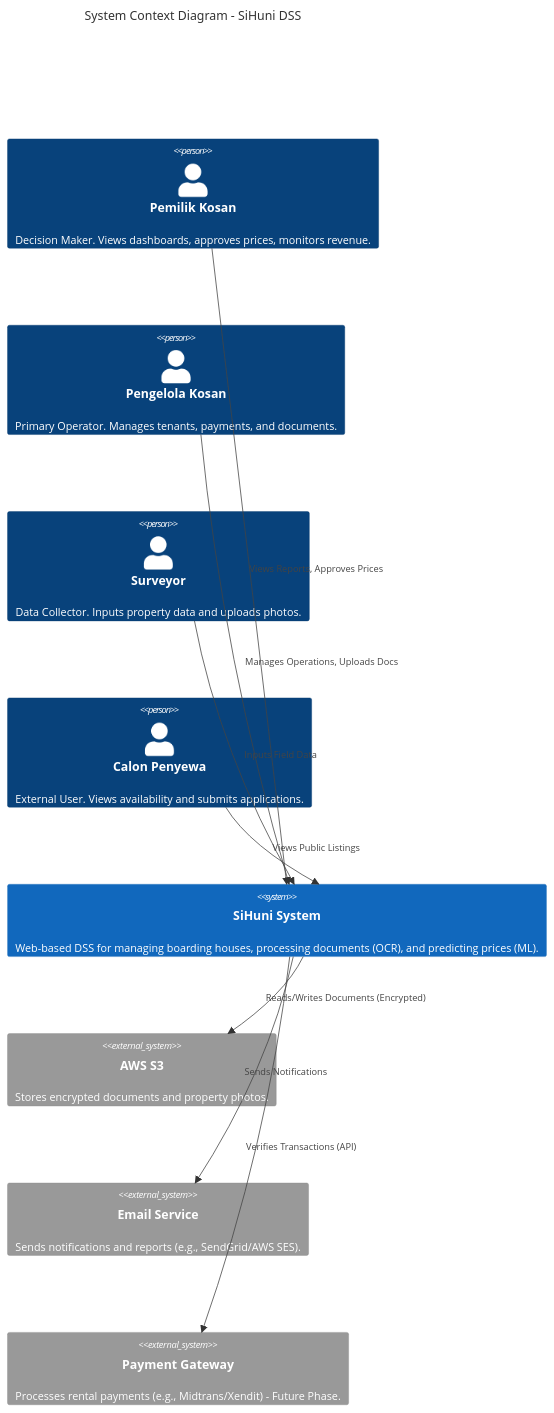
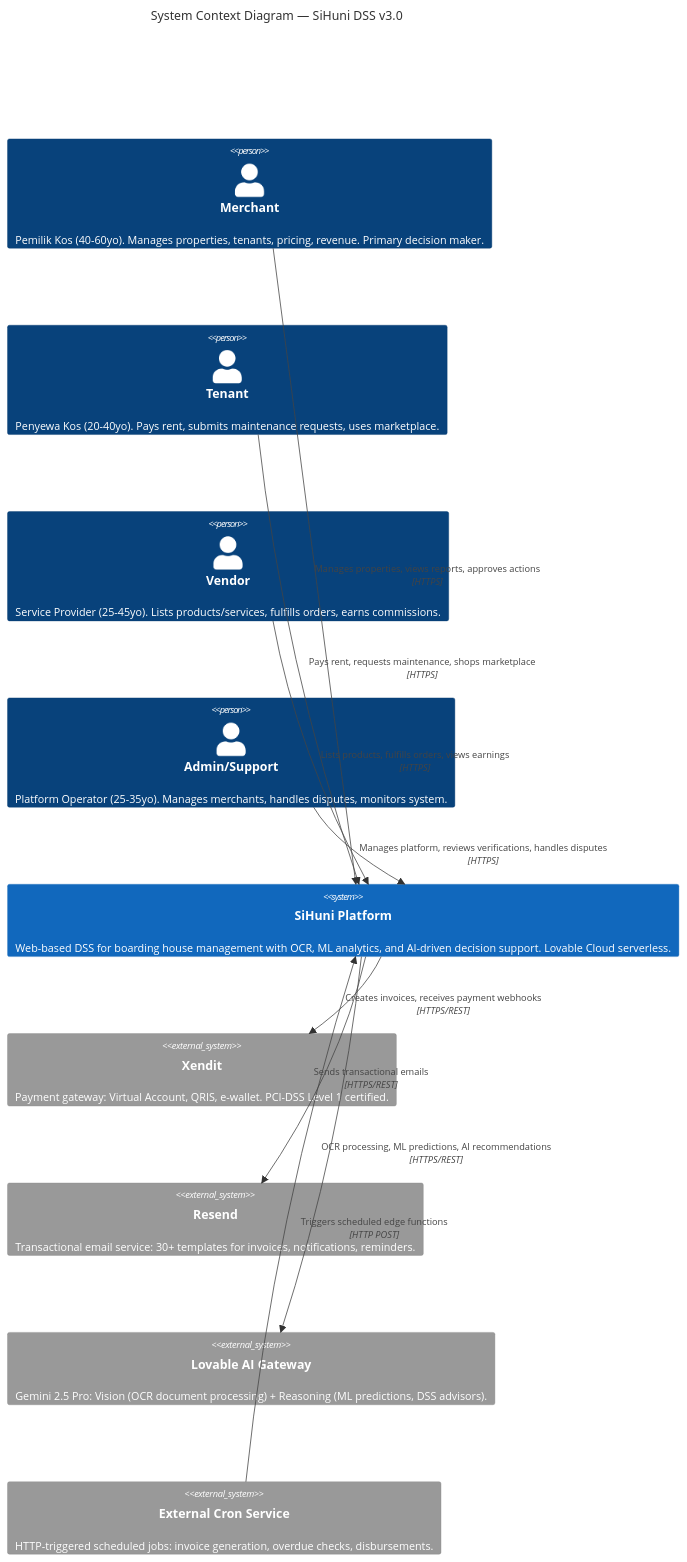
The first of 8 diagrams in docs/system-architecture.md (itsramaa/Sistem-Hunian), drawn with Mermaid before and after one commit. The commit also changed other lines of this file, not shown here.

````diff
--- a/docs/system-architecture.md
+++ b/docs/system-architecture.md
@@ -48,24 +134,26 @@
 ```mermaid
 C4Context
-    title System Context Diagram - SiHuni DSS
+    title System Context Diagram — SiHuni DSS v3.0
 
-    Person(owner, "Pemilik Kosan", "Decision Maker. Views dashboards, approves prices, monitors revenue.")
-    Person(manager, "Pengelola Kosan", "Primary Operator. Manages tenants, payments, and documents.")
-    Person(surveyor, "Surveyor", "Data Collector. Inputs property data and uploads photos.")
-    Person(tenant, "Calon Penyewa", "External User. Views availability and submits applications.")
+    Person(merchant, "Merchant", "Pemilik Kos (40-60yo). Manages properties, tenants, pricing, revenue. Primary decision maker.")
+    Person(tenant, "Tenant", "Penyewa Kos (20-40yo). Pays rent, submits maintenance requests, uses marketplace.")
+    Person(vendor, "Vendor", "Service Provider (25-45yo). Lists products/services, fulfills orders, earns commissions.")
+    Person(admin, "Admin/Support", "Platform Operator (25-35yo). Manages merchants, handles disputes, monitors system.")
 
-    System(sihuni, "SiHuni System", "Web-based DSS for managing boarding houses, processing documents (OCR), and predicting prices (ML).")
+    System(sihuni, "SiHuni Platform", "Web-based DSS for boarding house management with OCR, ML analytics, and AI-driven decision support. Lovable Cloud serverless.")
 
-    System_Ext(aws_s3, "AWS S3", "Stores encrypted documents and property photos.")
-    System_Ext(email_svc, "Email Service", "Sends notifications and reports (e.g., SendGrid/AWS SES).")
-    System_Ext(payment_gw, "Payment Gateway", "Processes rental payments (e.g., Midtrans/Xendit) - Future Phase.")
+    System_Ext(xendit, "Xendit", "Payment gateway: Virtual Account, QRIS, e-wallet. PCI-DSS Level 1 certified.")
+    System_Ext(resend, "Resend", "Transactional email service: 30+ templates for invoices, notifications, reminders.")
+    System_Ext(lovable_ai, "Lovable AI Gateway", "Gemini 2.5 Pro: Vision (OCR document processing) + Reasoning (ML predictions, DSS advisors).")
+    System_Ext(cron, "External Cron Service", "HTTP-triggered scheduled jobs: invoice generation, overdue checks, disbursements.")
 
-    Rel(owner, sihuni, "Views Reports, Approves Prices")
-    Rel(manager, sihuni, "Manages Operations, Uploads Docs")
-    Rel(surveyor, sihuni, "Inputs Field Data")
-    Rel(tenant, sihuni, "Views Public Listings")
+    Rel(merchant, sihuni, "Manages properties, views reports, approves actions", "HTTPS")
+    Rel(tenant, sihuni, "Pays rent, requests maintenance, shops marketplace", "HTTPS")
+    Rel(vendor, sihuni, "Lists products, fulfills orders, views earnings", "HTTPS")
+    Rel(admin, sihuni, "Manages platform, reviews verifications, handles disputes", "HTTPS")
 
-    Rel(sihuni, aws_s3, "Reads/Writes Documents (Encrypted)")
-    Rel(sihuni, email_svc, "Sends Notifications")
-    Rel(sihuni, payment_gw, "Verifies Transactions (API)")
+    Rel(sihuni, xendit, "Creates invoices, receives payment webhooks", "HTTPS/REST")
+    Rel(sihuni, resend, "Sends transactional emails", "HTTPS/REST")
+    Rel(sihuni, lovable_ai, "OCR processing, ML predictions, AI recommendations", "HTTPS/REST")
+    Rel(cron, sihuni, "Triggers scheduled edge functions", "HTTP POST")
 ```
````
